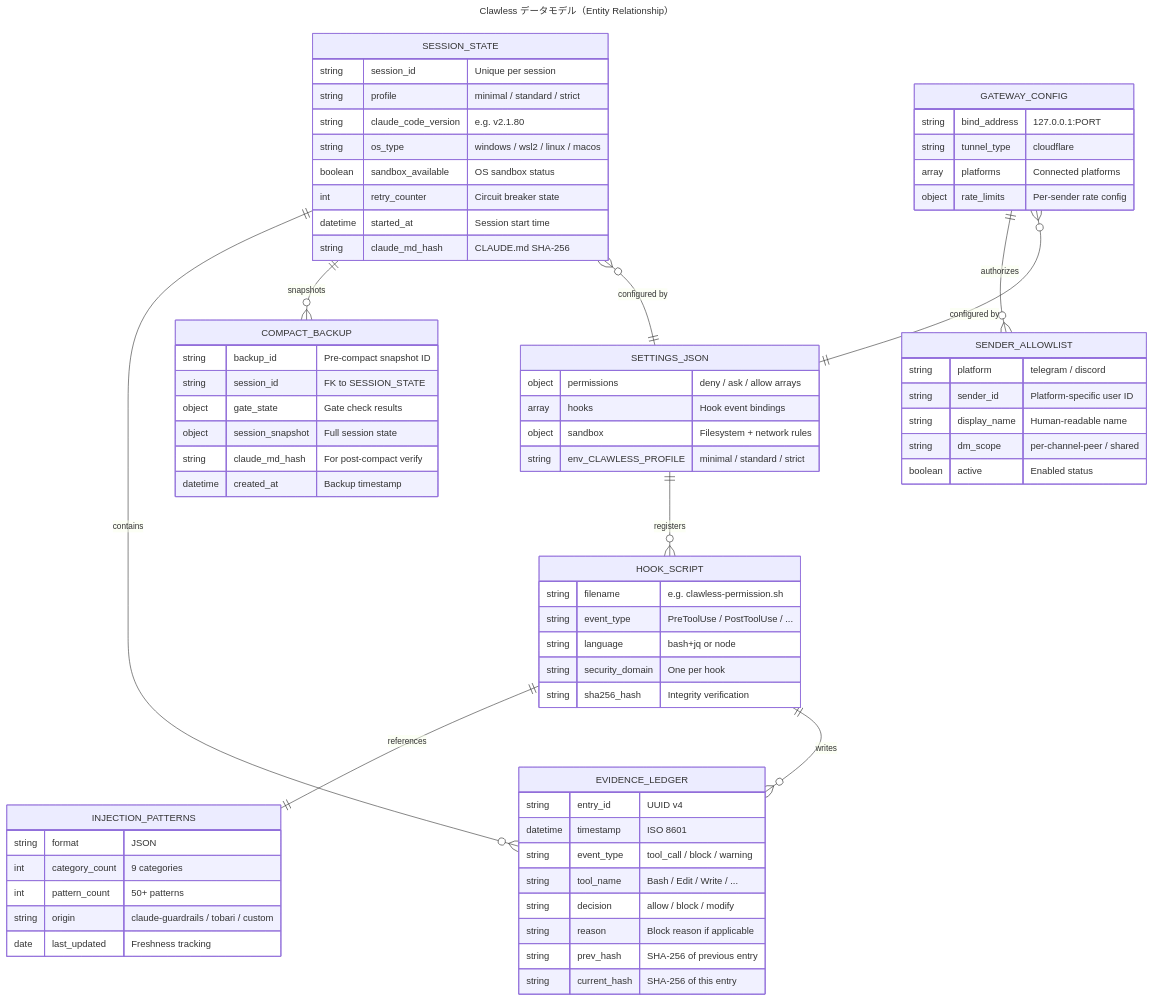
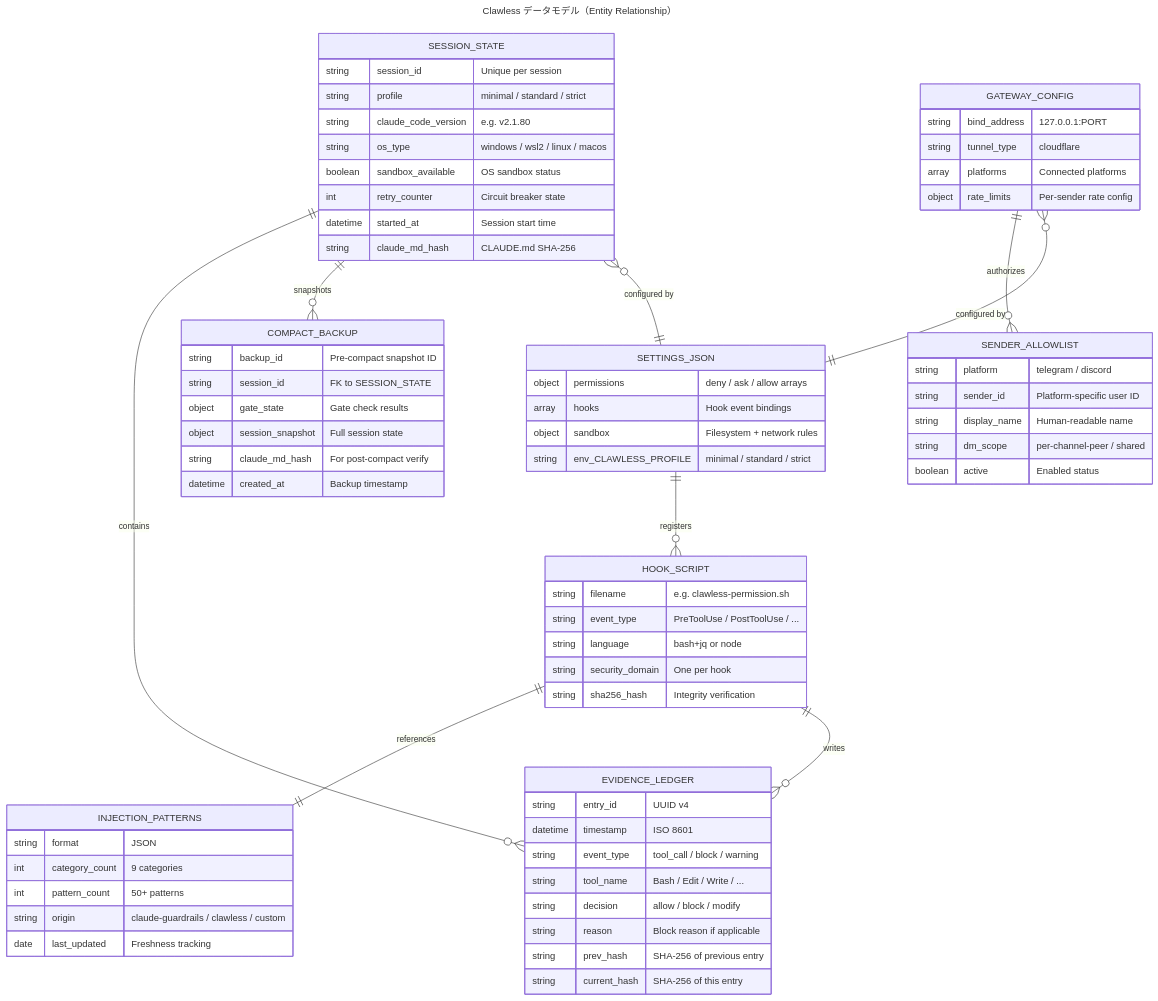
Before and after one commit to Sora-bluesky/shield-harness: the diagram in docs/diagrams/06-data-model.mermaid, drawn with Mermaid. The commit also changed 13 other files, not shown here.

```diff
--- a/docs/diagrams/06-data-model.mermaid
+++ b/docs/diagrams/06-data-model.mermaid
@@ -1,81 +1,81 @@
 ---
 title: Clawless データモデル（Entity Relationship）
 ---
 erDiagram
     SETTINGS_JSON {
         object permissions "deny / ask / allow arrays"
         array hooks "Hook event bindings"
         object sandbox "Filesystem + network rules"
         string env_CLAWLESS_PROFILE "minimal / standard / strict"
     }
 
     HOOK_SCRIPT {
         string filename "e.g. clawless-permission.sh"
         string event_type "PreToolUse / PostToolUse / ..."
         string language "bash+jq or node"
         string security_domain "One per hook"
         string sha256_hash "Integrity verification"
     }
 
     INJECTION_PATTERNS {
         string format "JSON"
         int category_count "9 categories"
         int pattern_count "50+ patterns"
-        string origin "claude-guardrails / tobari / custom"
+        string origin "claude-guardrails / clawless / custom"
         date last_updated "Freshness tracking"
     }
 
     EVIDENCE_LEDGER {
         string entry_id "UUID v4"
         datetime timestamp "ISO 8601"
         string event_type "tool_call / block / warning"
         string tool_name "Bash / Edit / Write / ..."
         string decision "allow / block / modify"
         string reason "Block reason if applicable"
         string prev_hash "SHA-256 of previous entry"
         string current_hash "SHA-256 of this entry"
     }
 
     SESSION_STATE {
         string session_id "Unique per session"
         string profile "minimal / standard / strict"
         string claude_code_version "e.g. v2.1.80"
         string os_type "windows / wsl2 / linux / macos"
         boolean sandbox_available "OS sandbox status"
         int retry_counter "Circuit breaker state"
         datetime started_at "Session start time"
         string claude_md_hash "CLAUDE.md SHA-256"
     }
 
     COMPACT_BACKUP {
         string backup_id "Pre-compact snapshot ID"
         string session_id "FK to SESSION_STATE"
         object gate_state "Gate check results"
         object session_snapshot "Full session state"
         string claude_md_hash "For post-compact verify"
         datetime created_at "Backup timestamp"
     }
 
     SENDER_ALLOWLIST {
         string platform "telegram / discord"
         string sender_id "Platform-specific user ID"
         string display_name "Human-readable name"
         string dm_scope "per-channel-peer / shared"
         boolean active "Enabled status"
     }
 
     GATEWAY_CONFIG {
         string bind_address "127.0.0.1:PORT"
         string tunnel_type "cloudflare"
         array platforms "Connected platforms"
         object rate_limits "Per-sender rate config"
     }
 
     SETTINGS_JSON ||--o{ HOOK_SCRIPT : "registers"
     HOOK_SCRIPT ||--|| INJECTION_PATTERNS : "references"
     HOOK_SCRIPT ||--o{ EVIDENCE_LEDGER : "writes"
     SESSION_STATE ||--o{ EVIDENCE_LEDGER : "contains"
     SESSION_STATE ||--o{ COMPACT_BACKUP : "snapshots"
     GATEWAY_CONFIG ||--o{ SENDER_ALLOWLIST : "authorizes"
     SESSION_STATE }o--|| SETTINGS_JSON : "configured by"
     GATEWAY_CONFIG }o--|| SETTINGS_JSON : "configured by"
```
